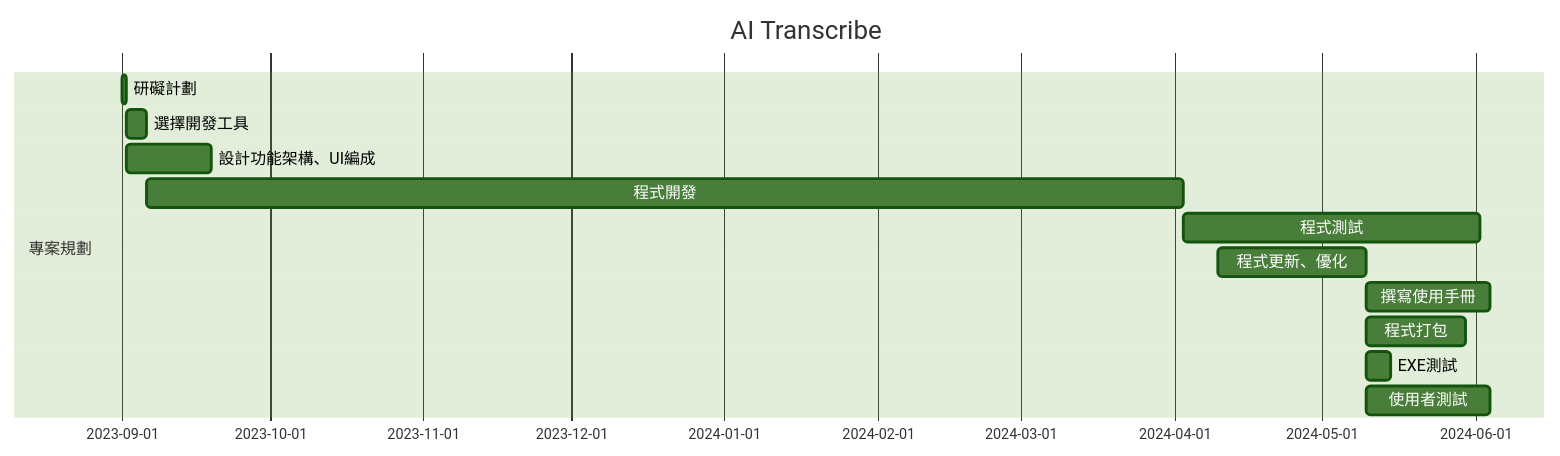
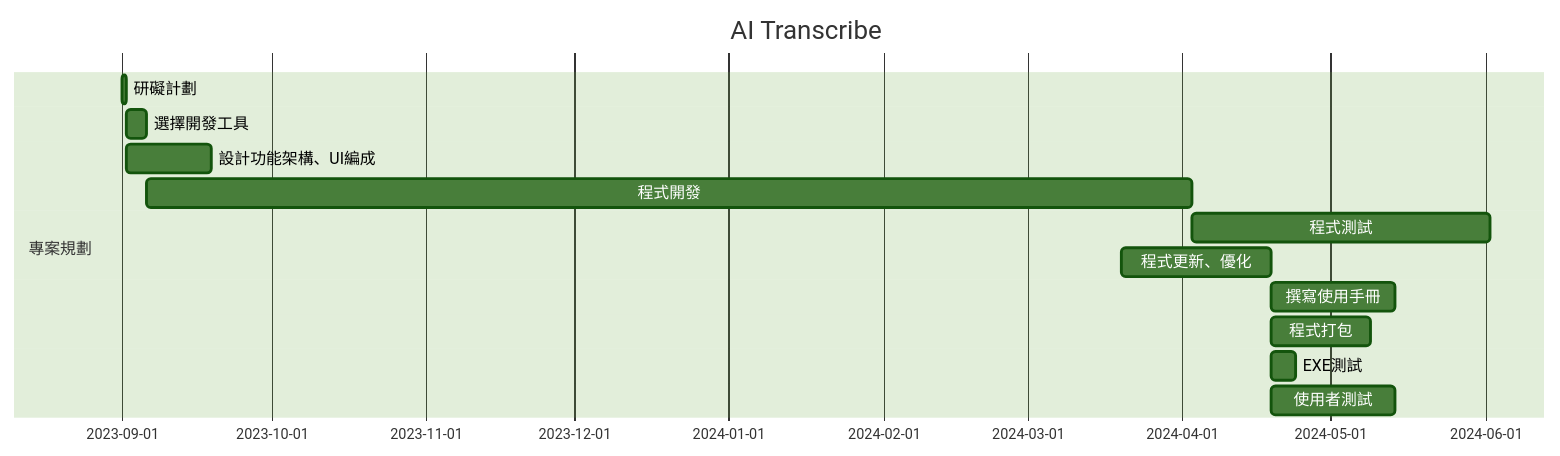
One commit to MITC110118132/23a changed the third of 4 diagrams in hw2.md. Above: the diagram before and after it, drawn with Mermaid (forest theme).

````diff
--- a/hw2.md
+++ b/hw2.md
@@ -34,16 +34,16 @@
 ```mermaid
 gantt
     title AI Transcribe
 
     section 專案規劃
     研礙計劃           :a1, 2023-09-01, 1d
     選擇開發工具           :a2, after a1  , 4d
     設計功能架構、UI編成           :a3, after a1  , 17d
     程式開發           :a4, after a2  , 210d
     程式測試           :a5, after a4  , 60d
-    程式更新、優化           :a6, 2024-04-10  , 30d
+    程式更新、優化           :a6, 2024-03-20  , 30d
     撰寫使用手冊        :a7, after a6  , 25d
     程式打包           :a8, after a6  , 20d
     EXE測試           :a9, after a6  , 5d
     使用者測試         :a10, after a6  , 25d
 ```
````
